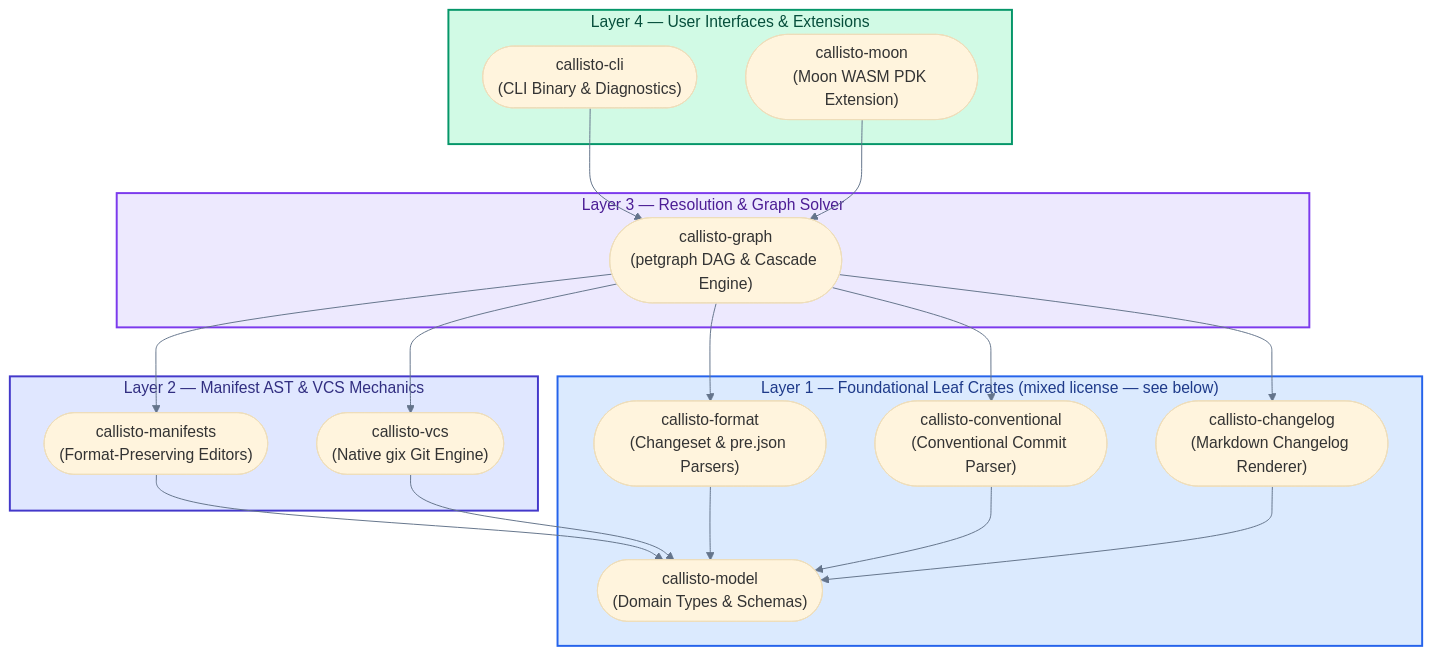
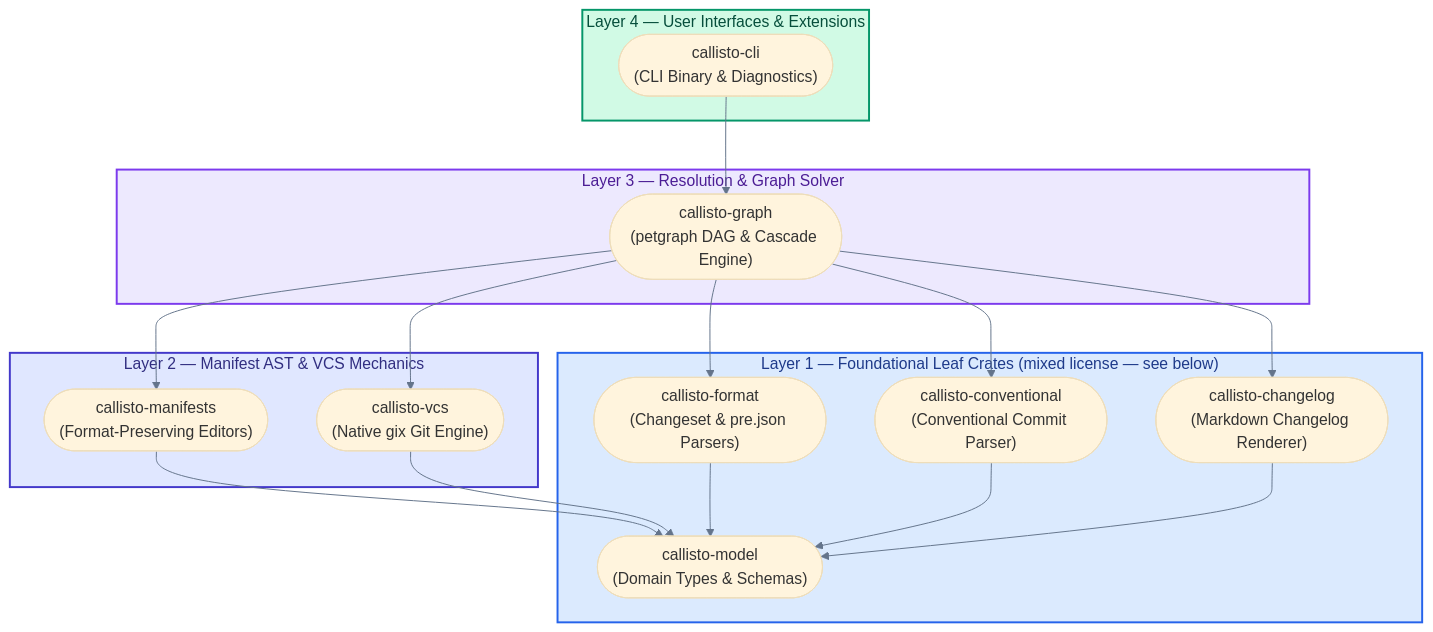
Before and after one commit to orin-dx/callisto: the second of 4 diagrams in ARCHITECTURE.md, drawn with Mermaid. The commit also changed other lines of this file and 112 other files, not shown here.

First line of the commit message:
refactor!: replace the moon WASM plugin with a proto plugin (#142)

````diff
--- a/ARCHITECTURE.md
+++ b/ARCHITECTURE.md
@@ -73,42 +73,40 @@
 ```mermaid
 %%{init: {'theme': 'base', 'themeVariables': {'lineColor': '#64748b', 'edgeLabelBackground': '#f8fafc', 'fontFamily': 'ui-sans-serif, system-ui, sans-serif'}}}%%
 flowchart TB
     subgraph Layer4 ["Layer 4 — User Interfaces & Extensions"]
         CLI(["callisto-cli<br/>(CLI Binary & Diagnostics)"])
-        Moon(["callisto-moon<br/>(Moon WASM PDK Extension)"])
     end
 
     subgraph Layer3 ["Layer 3 — Resolution & Graph Solver"]
         Graph(["callisto-graph<br/>(petgraph DAG & Cascade Engine)"])
     end
 
     subgraph Layer2 ["Layer 2 — Manifest AST & VCS Mechanics"]
         Manifests(["callisto-manifests<br/>(Format-Preserving Editors)"])
         VCS(["callisto-vcs<br/>(Native gix Git Engine)"])
     end
 
     subgraph Layer1 ["Layer 1 — Foundational Leaf Crates (mixed license — see below)"]
         Model(["callisto-model<br/>(Domain Types & Schemas)"])
         Format(["callisto-format<br/>(Changeset & pre.json Parsers)"])
         Conventional(["callisto-conventional<br/>(Conventional Commit Parser)"])
         Changelog(["callisto-changelog<br/>(Markdown Changelog Renderer)"])
     end
 
     CLI --> Graph
-    Moon --> Graph
     Graph --> Manifests
     Graph --> VCS
     Graph --> Format
     Graph --> Conventional
     Graph --> Changelog
     Manifests --> Model
     VCS --> Model
     Format --> Model
     Conventional --> Model
     Changelog --> Model
 
     style Layer4 fill:#d1fae5,stroke:#059669,stroke-width:2px,color:#064e3b
     style Layer3 fill:#ede9fe,stroke:#7c3aed,stroke-width:2px,color:#4c1d95
     style Layer2 fill:#e0e7ff,stroke:#4338ca,stroke-width:2px,color:#312e81
     style Layer1 fill:#dbeafe,stroke:#2563eb,stroke-width:2px,color:#1e3a8a
 ```
````
